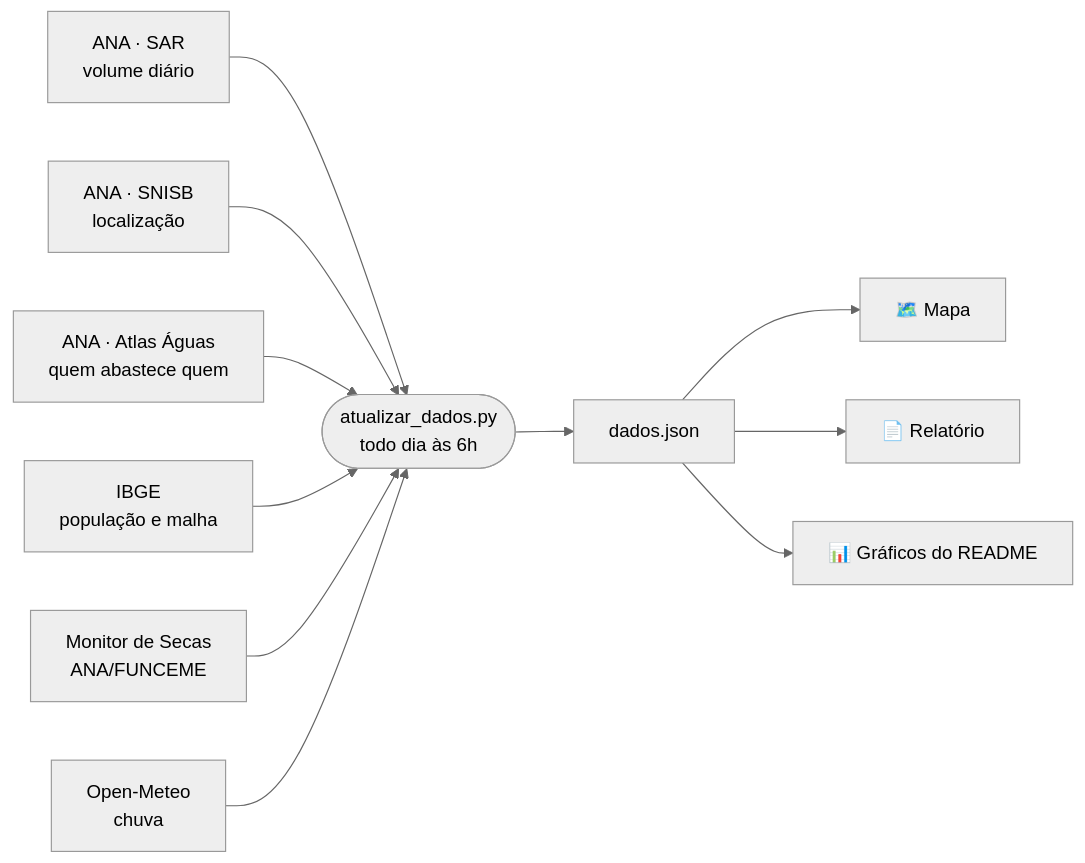
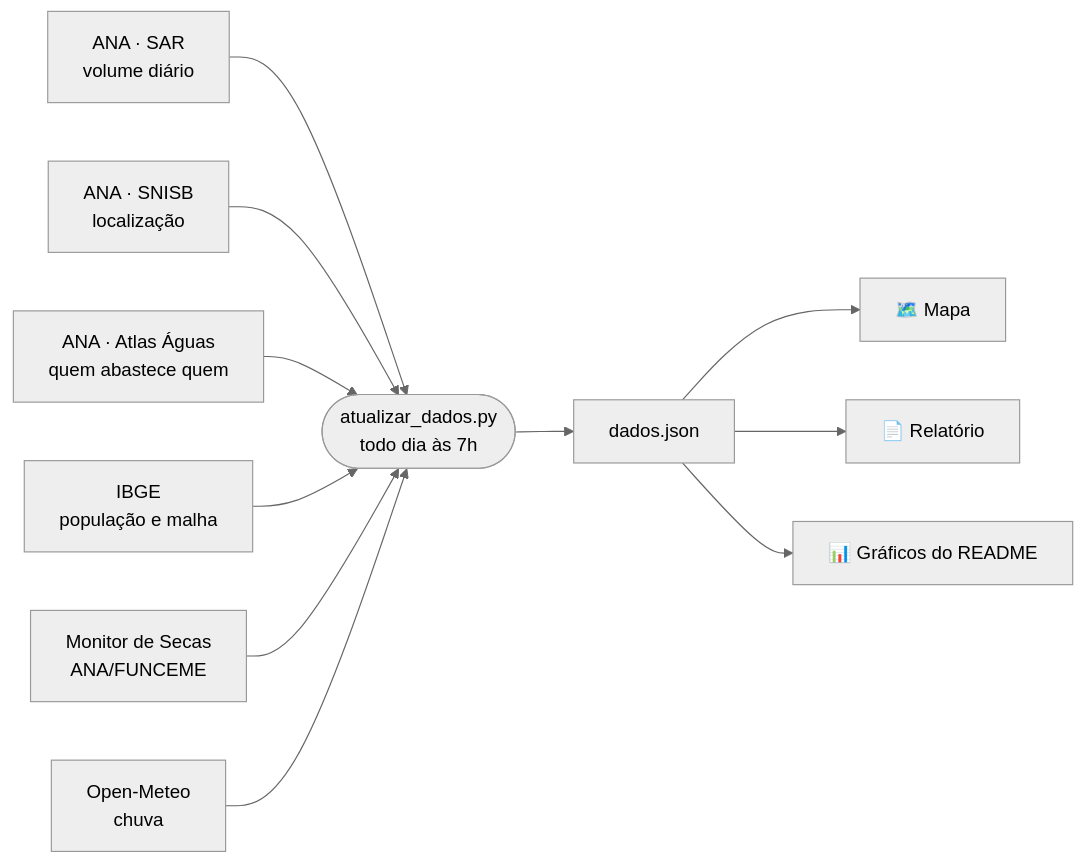
Before and after one commit to Sergiorsantana/Acude-vivo: the diagram in README.md, drawn with Mermaid (neutral theme). The commit also changed other lines of this file and 9 other files, not shown here.

````diff
--- a/README.md
+++ b/README.md
@@ -64,13 +68,13 @@
 ```mermaid
 flowchart LR
     A[ANA · SAR<br/>volume diário] --> P
     B[ANA · SNISB<br/>localização] --> P
     C[ANA · Atlas Águas<br/>quem abastece quem] --> P
     E[IBGE<br/>população e malha] --> P
     F[Monitor de Secas<br/>ANA/FUNCEME] --> P
     G[Open-Meteo<br/>chuva] --> P
-    P(["atualizar_dados.py<br/>todo dia às 6h"]) --> J[dados.json]
+    P(["atualizar_dados.py<br/>todo dia às 7h"]) --> J[dados.json]
     J --> M[🗺️ Mapa]
     J --> R[📄 Relatório]
     J --> S[📊 Gráficos do README]
 ```
````
